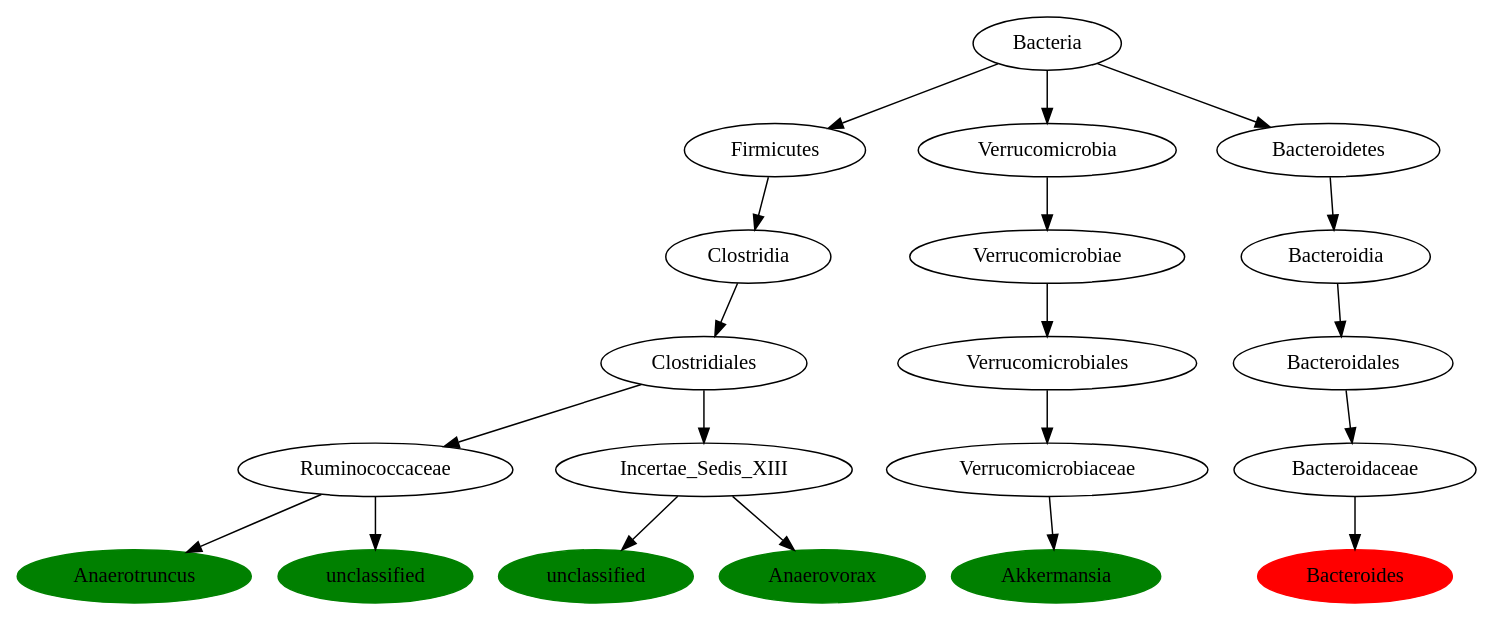
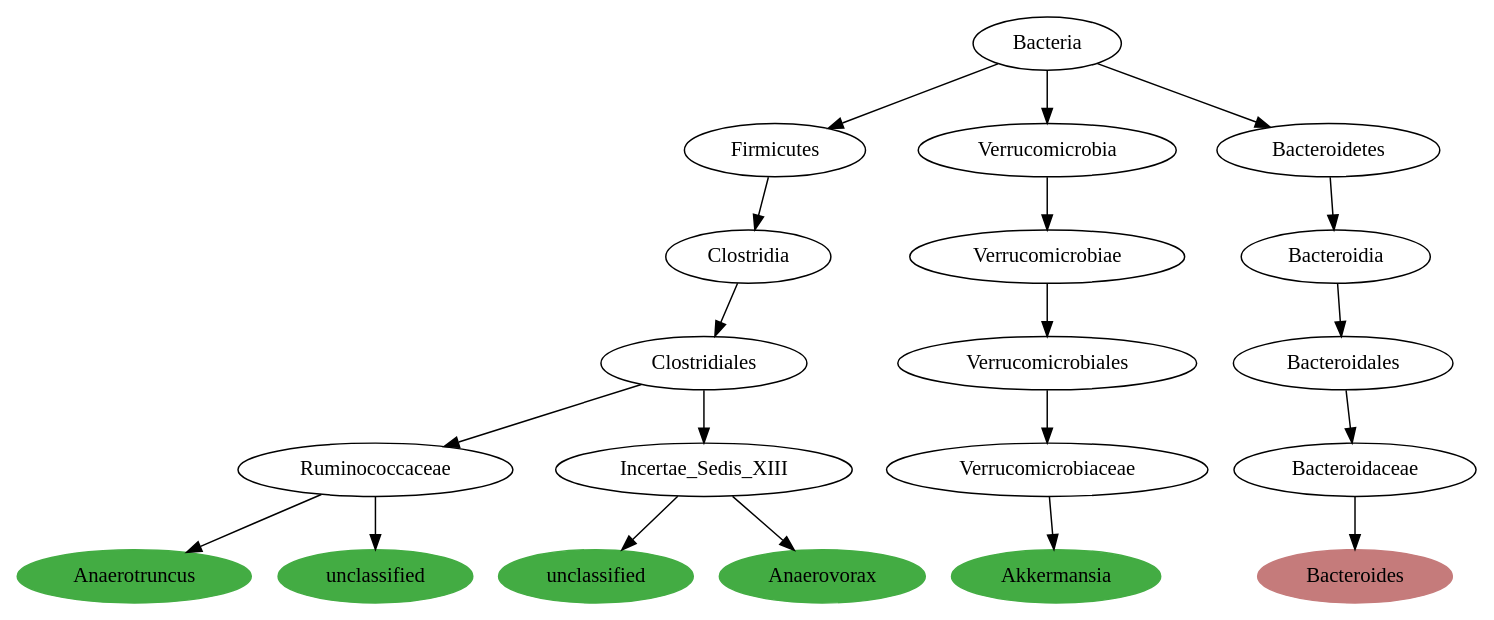
The diagram in experiments/4/phylogenetic-tree/dotfiles/9.dot (AndersHqst/thesis), drawn with Graphviz before and after one commit. The commit also changed 77 other files, not shown here.

Commit message:
Added plotting code for summary graphs

```diff
--- a/experiments/4/phylogenetic-tree/dotfiles/9.dot
+++ b/experiments/4/phylogenetic-tree/dotfiles/9.dot
@@ -1,66 +1,66 @@
 digraph G { 
-	RuminococcaceaeAnaerotruncus [label="Anaerotruncus", color="green", style=filled];
+	RuminococcaceaeAnaerotruncus [label="Anaerotruncus", color="#43AC43", style=filled];
 	ClostridialesRuminococcaceae [label="Ruminococcaceae"];
 	RuminococcaceaeAnaerotruncus [label="Anaerotruncus"];
 	ClostridialesRuminococcaceae -> RuminococcaceaeAnaerotruncus;
 	ClostridiaClostridiales [label="Clostridiales"];
 	ClostridialesRuminococcaceae [label="Ruminococcaceae"];
 	ClostridiaClostridiales -> ClostridialesRuminococcaceae;
 	FirmicutesClostridia [label="Clostridia"];
 	ClostridiaClostridiales [label="Clostridiales"];
 	FirmicutesClostridia -> ClostridiaClostridiales;
 	BacteriaFirmicutes [label="Firmicutes"];
 	FirmicutesClostridia [label="Clostridia"];
 	BacteriaFirmicutes -> FirmicutesClostridia;
 	Bacteria [label="Bacteria"];
 	BacteriaFirmicutes [label="Firmicutes"];
 	Bacteria -> BacteriaFirmicutes;
-	Ruminococcaceaeunclassified [label="unclassified", color="green", style=filled];
+	Ruminococcaceaeunclassified [label="unclassified", color="#43AC43", style=filled];
 	ClostridialesRuminococcaceae [label="Ruminococcaceae"];
 	Ruminococcaceaeunclassified [label="unclassified"];
 	ClostridialesRuminococcaceae -> Ruminococcaceaeunclassified;
-	Incertae_Sedis_XIIIunclassified [label="unclassified", color="green", style=filled];
+	Incertae_Sedis_XIIIunclassified [label="unclassified", color="#43AC43", style=filled];
 	ClostridialesIncertae_Sedis_XIII [label="Incertae_Sedis_XIII"];
 	Incertae_Sedis_XIIIunclassified [label="unclassified"];
 	ClostridialesIncertae_Sedis_XIII -> Incertae_Sedis_XIIIunclassified;
 	ClostridiaClostridiales [label="Clostridiales"];
 	ClostridialesIncertae_Sedis_XIII [label="Incertae_Sedis_XIII"];
 	ClostridiaClostridiales -> ClostridialesIncertae_Sedis_XIII;
-	Incertae_Sedis_XIIIAnaerovorax [label="Anaerovorax", color="green", style=filled];
+	Incertae_Sedis_XIIIAnaerovorax [label="Anaerovorax", color="#43AC43", style=filled];
 	ClostridialesIncertae_Sedis_XIII [label="Incertae_Sedis_XIII"];
 	Incertae_Sedis_XIIIAnaerovorax [label="Anaerovorax"];
 	ClostridialesIncertae_Sedis_XIII -> Incertae_Sedis_XIIIAnaerovorax;
-	VerrucomicrobiaceaeAkkermansia [label="Akkermansia", color="green", style=filled];
+	VerrucomicrobiaceaeAkkermansia [label="Akkermansia", color="#43AC43", style=filled];
 	VerrucomicrobialesVerrucomicrobiaceae [label="Verrucomicrobiaceae"];
 	VerrucomicrobiaceaeAkkermansia [label="Akkermansia"];
 	VerrucomicrobialesVerrucomicrobiaceae -> VerrucomicrobiaceaeAkkermansia;
 	VerrucomicrobiaeVerrucomicrobiales [label="Verrucomicrobiales"];
 	VerrucomicrobialesVerrucomicrobiaceae [label="Verrucomicrobiaceae"];
 	VerrucomicrobiaeVerrucomicrobiales -> VerrucomicrobialesVerrucomicrobiaceae;
 	VerrucomicrobiaVerrucomicrobiae [label="Verrucomicrobiae"];
 	VerrucomicrobiaeVerrucomicrobiales [label="Verrucomicrobiales"];
 	VerrucomicrobiaVerrucomicrobiae -> VerrucomicrobiaeVerrucomicrobiales;
 	BacteriaVerrucomicrobia [label="Verrucomicrobia"];
 	VerrucomicrobiaVerrucomicrobiae [label="Verrucomicrobiae"];
 	BacteriaVerrucomicrobia -> VerrucomicrobiaVerrucomicrobiae;
 	Bacteria [label="Bacteria"];
 	BacteriaVerrucomicrobia [label="Verrucomicrobia"];
 	Bacteria -> BacteriaVerrucomicrobia;
-	BacteroidaceaeBacteroides [label="Bacteroides", color="red", style=filled];
+	BacteroidaceaeBacteroides [label="Bacteroides", color="#C57B7B", style=filled];
 	BacteroidalesBacteroidaceae [label="Bacteroidaceae"];
 	BacteroidaceaeBacteroides [label="Bacteroides"];
 	BacteroidalesBacteroidaceae -> BacteroidaceaeBacteroides;
 	BacteroidiaBacteroidales [label="Bacteroidales"];
 	BacteroidalesBacteroidaceae [label="Bacteroidaceae"];
 	BacteroidiaBacteroidales -> BacteroidalesBacteroidaceae;
 	BacteroidetesBacteroidia [label="Bacteroidia"];
 	BacteroidiaBacteroidales [label="Bacteroidales"];
 	BacteroidetesBacteroidia -> BacteroidiaBacteroidales;
 	BacteriaBacteroidetes [label="Bacteroidetes"];
 	BacteroidetesBacteroidia [label="Bacteroidia"];
 	BacteriaBacteroidetes -> BacteroidetesBacteroidia;
 	Bacteria [label="Bacteria"];
 	BacteriaBacteroidetes [label="Bacteroidetes"];
 	Bacteria -> BacteriaBacteroidetes;
 
  }
```
